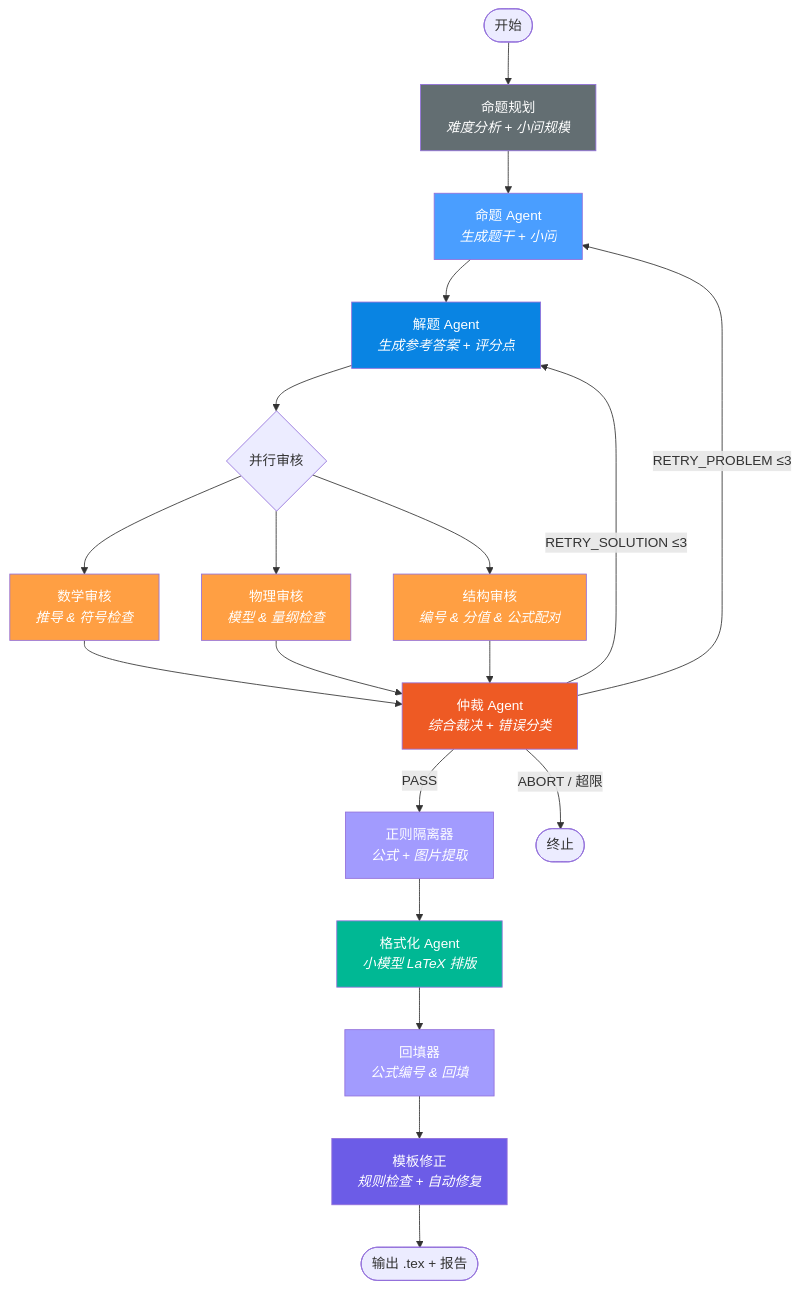
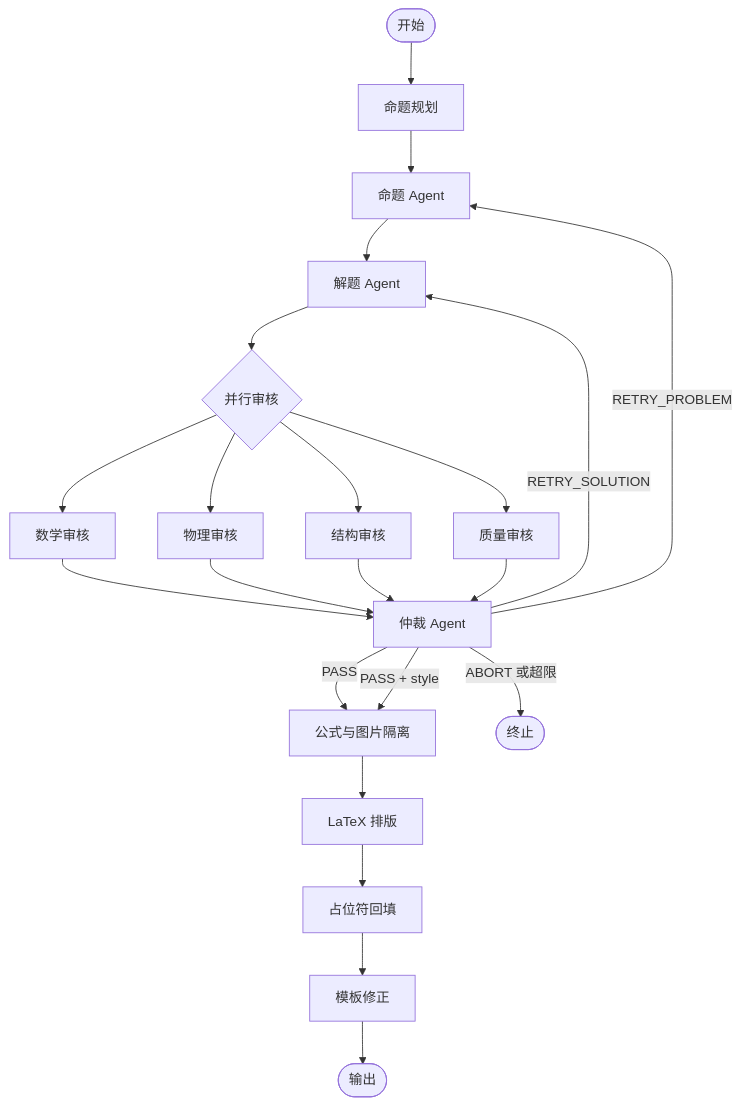
The diagram in docs/DEVELOP.md (CPHOS/AI_Question), drawn with Mermaid before and after one commit. The commit also changed other lines of this file and 34 other files, not shown here.

First line of the commit message:
Improve CPHOS generation pipeline formatting and review quality (#10)

````diff
--- a/docs/DEVELOP.md
+++ b/docs/DEVELOP.md
@@ -29,33 +7,24 @@
 ```mermaid
 flowchart TD
-    START([开始]) --> PLAN[命题规划<br/><i>难度分析 + 小问规模</i>]
-    PLAN --> PGEN[命题 Agent<br/><i>生成题干 + 小问</i>]
-    PGEN --> SGEN[解题 Agent<br/><i>生成参考答案 + 评分点</i>]
-    SGEN --> PAR{并行审核}
-    PAR --> MATH[数学审核<br/><i>推导 & 符号检查</i>]
-    PAR --> PHYS[物理审核<br/><i>模型 & 量纲检查</i>]
-    PAR --> STRUCT[结构审核<br/><i>编号 & 分值 & 公式配对</i>]
-    MATH --> ARB[仲裁 Agent<br/><i>综合裁决 + 错误分类</i>]
+    START([开始]) --> PLAN[命题规划]
+    PLAN --> PGEN[命题 Agent]
+    PGEN --> SGEN[解题 Agent]
+    SGEN --> REVIEW{并行审核}
+    REVIEW --> MATH[数学审核]
+    REVIEW --> PHYS[物理审核]
+    REVIEW --> STRUCT[结构审核]
+    REVIEW --> QUALITY[质量审核]
+    MATH --> ARB[仲裁 Agent]
     PHYS --> ARB
     STRUCT --> ARB
-    ARB -->|PASS| ISO[正则隔离器<br/><i>公式 + 图片提取</i>]
-    ARB -->|RETRY_PROBLEM ≤3| PGEN
-    ARB -->|RETRY_SOLUTION ≤3| SGEN
-    ARB -->|ABORT / 超限| END1([终止])
-    ISO --> FMT[格式化 Agent<br/><i>小模型 LaTeX 排版</i>]
-    FMT --> MERGE[回填器<br/><i>公式编号 & 回填</i>]
-    MERGE --> TFIX[模板修正<br/><i>规则检查 + 自动修复</i>]
-    TFIX --> END2([输出 .tex + 报告])
-
-    style PLAN fill:#636e72,color:#fff
-    style PGEN fill:#4a9eff,color:#fff
-    style SGEN fill:#0984e3,color:#fff
-    style MATH fill:#ff9f43,color:#fff
-    style PHYS fill:#ff9f43,color:#fff
-    style STRUCT fill:#ff9f43,color:#fff
-    style ARB fill:#ee5a24,color:#fff
-    style ISO fill:#a29bfe,color:#fff
-    style FMT fill:#00b894,color:#fff
-    style MERGE fill:#a29bfe,color:#fff
-    style TFIX fill:#6c5ce7,color:#fff
+    QUALITY --> ARB
+    ARB -->|PASS| ISO[公式与图片隔离]
+    ARB -->|PASS + style| ISO
+    ARB -->|RETRY_PROBLEM| PGEN
+    ARB -->|RETRY_SOLUTION| SGEN
+    ARB -->|ABORT 或超限| STOP([终止])
+    ISO --> FMT[LaTeX 排版]
+    FMT --> MERGE[占位符回填]
+    MERGE --> TFIX[模板修正]
+    TFIX --> DONE([输出])
 ```
````
